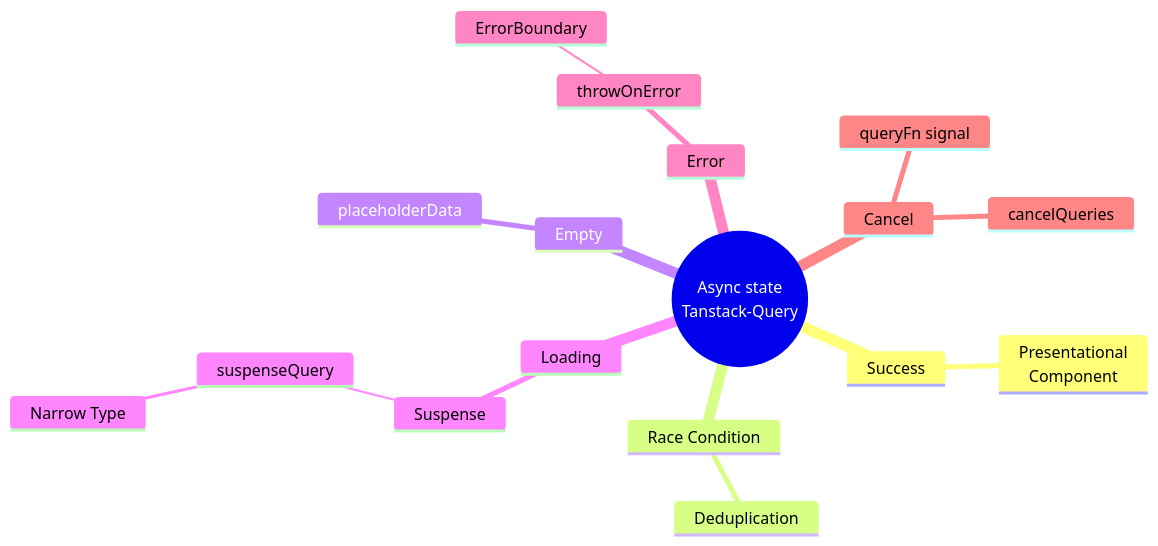
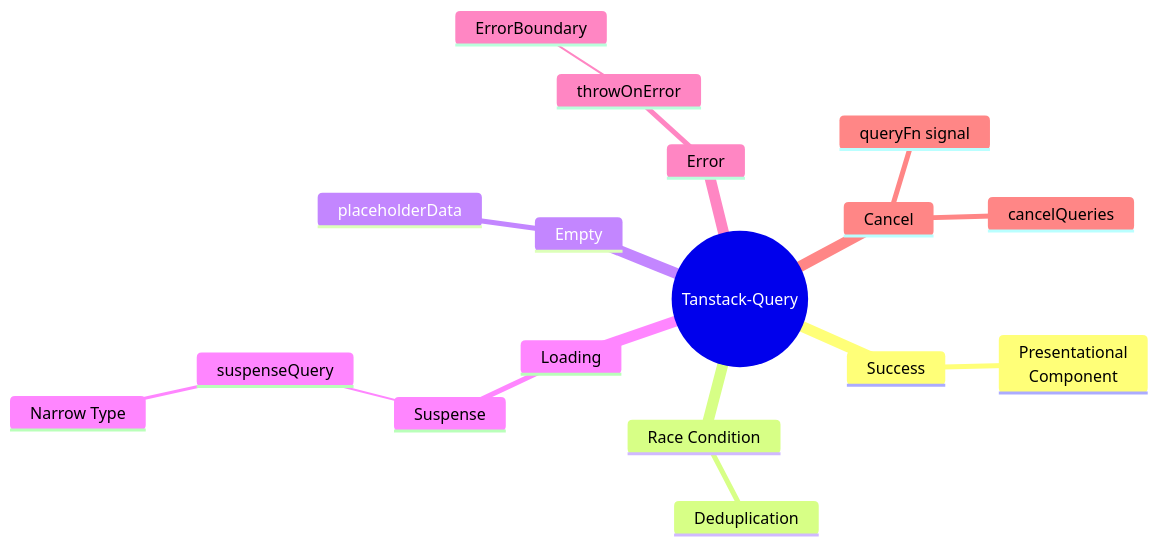
One commit to fe-dudu/fe-dudu-nextra changed the diagram in pages/blog/etc/async-state.mdx. Above: the diagram before and after it, drawn with Mermaid. The commit also changed 21 other files, not shown here.

````diff
--- a/pages/blog/etc/async-state.mdx
+++ b/pages/blog/etc/async-state.mdx
@@ -3,20 +3,20 @@
 ```mermaid
 mindmap
-  root((Async state<br/>Tanstack-Query))
+  root((Tanstack-Query))
     Success
      Presentational<br/>Component
     Race Condition
      Deduplication
     Empty
      placeholderData
     Loading
      Suspense
       suspenseQuery
        Narrow Type
     Error
      throwOnError
       ErrorBoundary
     Cancel
      cancelQueries
      queryFn signal  
 ```
````
